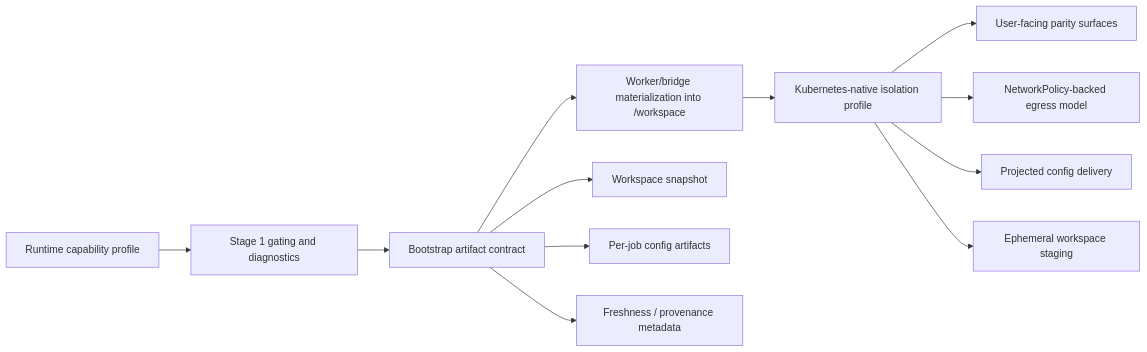
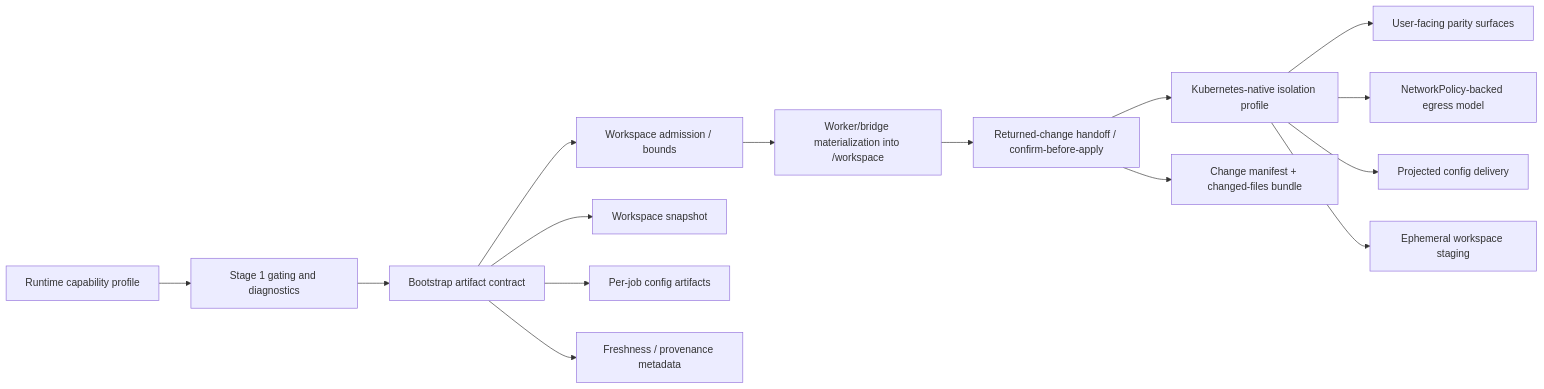
The diagram in docs/plans/2026-04-14-001-feat-kubernetes-runtime-maturity-plan.md (nearai/ironclaw), drawn with Mermaid before and after one commit. The commit also changed other lines of this file and 21 other files, not shown here.

````diff
--- a/docs/plans/2026-04-14-001-feat-kubernetes-runtime-maturity-plan.md
+++ b/docs/plans/2026-04-14-001-feat-kubernetes-runtime-maturity-plan.md
@@ -197,16 +289,19 @@
 ```mermaid
 flowchart LR
     A["Runtime capability profile"] --> B["Stage 1 gating and diagnostics"]
     B --> C["Bootstrap artifact contract"]
-    C --> D["Worker/bridge materialization into /workspace"]
-    D --> E["Kubernetes-native isolation profile"]
+    C --> C4["Workspace admission / bounds"]
+    C4 --> D["Worker/bridge materialization into /workspace"]
+    D --> G["Returned-change handoff / confirm-before-apply"]
+    G --> E["Kubernetes-native isolation profile"]
     E --> F["User-facing parity surfaces"]
 
     C --> C1["Workspace snapshot"]
     C --> C2["Per-job config artifacts"]
     C --> C3["Freshness / provenance metadata"]
+    G --> G1["Change manifest + changed-files bundle"]
 
     E --> E1["NetworkPolicy-backed egress model"]
     E --> E2["Projected config delivery"]
     E --> E3["Ephemeral workspace staging"]
 ```
````
